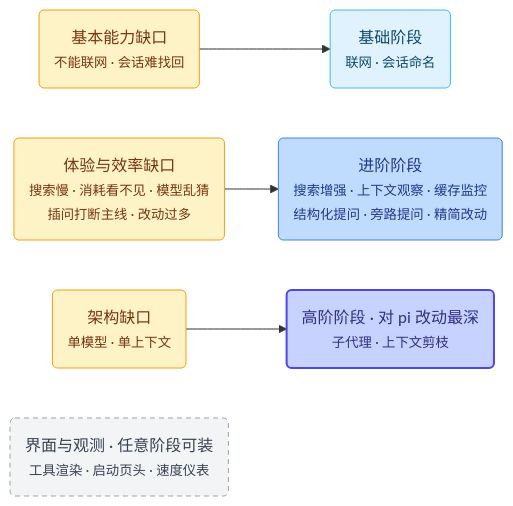
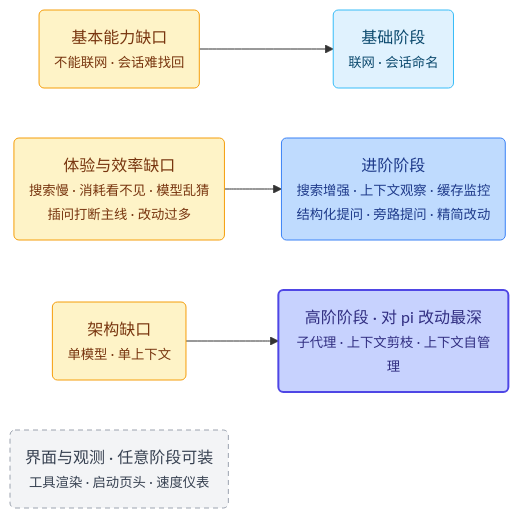
Before and after one commit to Jerry2003sky/pi-playbook: the first of 2 diagrams in docs/01-理念与路线.md, drawn with Mermaid. The commit also changed other lines of this file and 8 other files, not shown here.

````diff
--- a/docs/01-理念与路线.md
+++ b/docs/01-理念与路线.md
@@ -49,18 +49,18 @@
 ```mermaid
 flowchart LR
     G1("基本能力缺口<br/><small>不能联网 · 会话难找回</small>") --> S1("基础阶段<br/><small>联网 · 会话命名</small>")
     G2("体验与效率缺口<br/><small>搜索慢 · 消耗看不见 · 模型乱猜<br/>插问打断主线 · 改动过多</small>") --> S2("进阶阶段<br/><small>搜索增强 · 上下文观察 · 缓存监控<br/>结构化提问 · 旁路提问 · 精简改动</small>")
-    G3("架构缺口<br/><small>单模型 · 单上下文</small>") --> S3("高阶阶段 · 对 pi 改动最深<br/><small>子代理 · 上下文剪枝</small>")
+    G3("架构缺口<br/><small>单模型 · 单上下文</small>") --> S3("高阶阶段 · 对 pi 改动最深<br/><small>子代理 · 上下文剪枝 · 上下文自管理</small>")
     UI("界面与观测 · 任意阶段可装<br/><small>工具渲染 · 启动页头 · 速度仪表</small>")
 
     classDef gap fill:#fef3c7,stroke:#f59e0b,color:#78350f
     classDef s1 fill:#e0f2fe,stroke:#38bdf8,color:#0c4a6e
     classDef s2 fill:#bfdbfe,stroke:#3b82f6,color:#1e3a8a
     classDef s3 fill:#c7d2fe,stroke:#4f46e5,stroke-width:2px,color:#312e81
     classDef side fill:#f3f4f6,stroke:#9ca3af,stroke-dasharray:5 4,color:#374151
     class G1,G2,G3 gap
     class S1 s1
     class S2 s2
     class S3 s3
     class UI side
 ```
````
